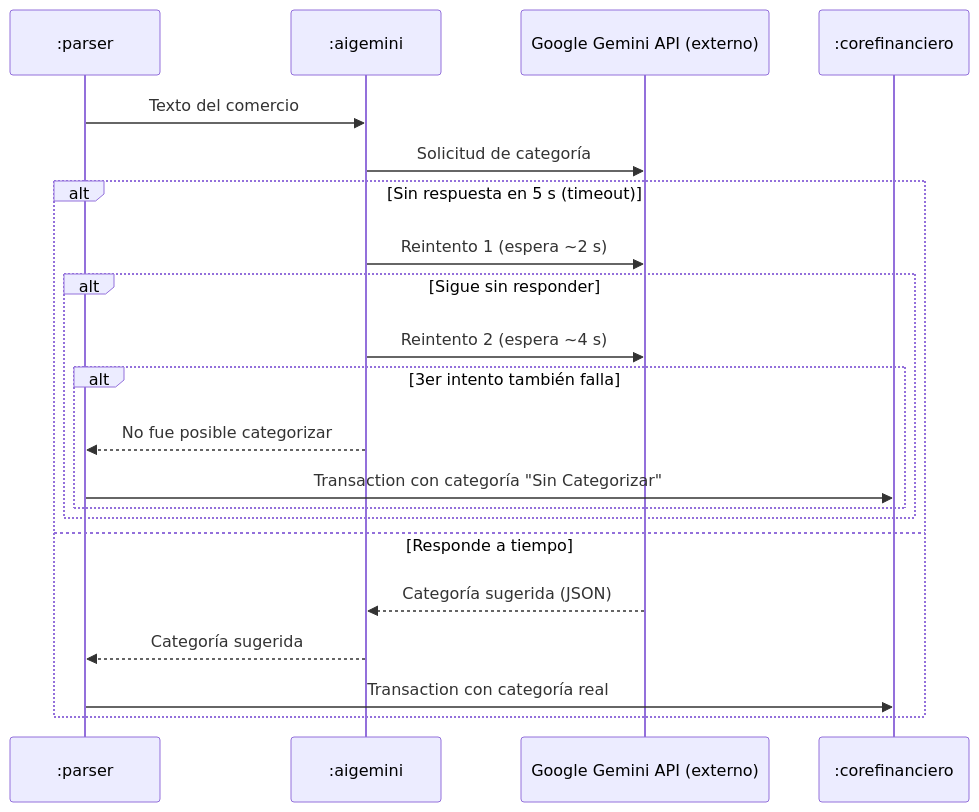
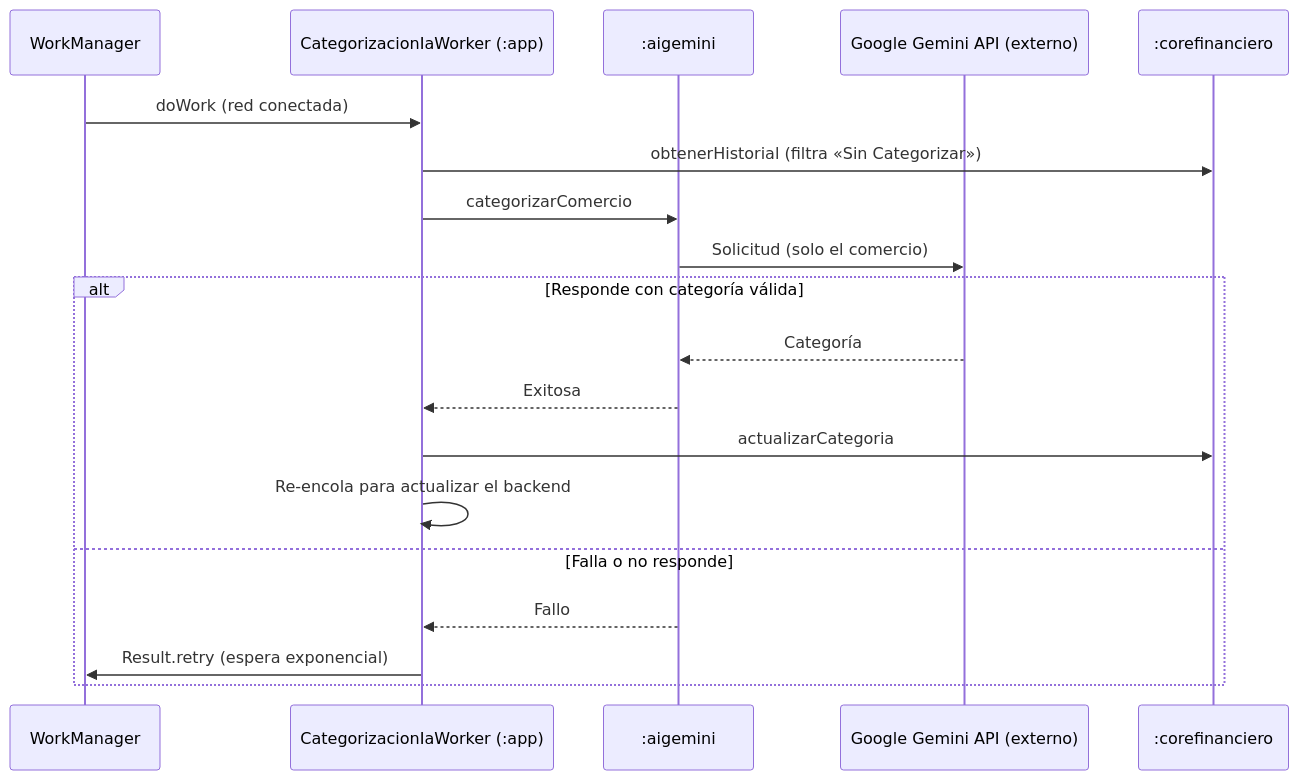
Before and after one commit to ISCOUTB/AS_202620_XALD: the second of 5 diagrams in docs/arc42/06-Runtime view.md, drawn with Mermaid. The commit also changed other lines of this file, not shown here.

````diff
--- a/docs/arc42/06-Runtime view.md
+++ b/docs/arc42/06-Runtime view.md
@@ -60,24 +56,22 @@
 ```mermaid
 sequenceDiagram
-    participant PARSER as :parser
-    participant AIGEMINI as :aigemini
-    participant GEMINI as Google Gemini API (externo)
+    participant WM as WorkManager
+    participant W as CategorizacionIaWorker (:app)
+    participant AI as :aigemini
+    participant G as Google Gemini API (externo)
     participant CORE as :corefinanciero
 
-    PARSER->>AIGEMINI: Texto del comercio
-    AIGEMINI->>GEMINI: Solicitud de categoría
-    alt Sin respuesta en 5 s (timeout)
-        AIGEMINI->>GEMINI: Reintento 1 (espera ~2 s)
-        alt Sigue sin responder
-            AIGEMINI->>GEMINI: Reintento 2 (espera ~4 s)
-            alt 3er intento también falla
-                AIGEMINI-->>PARSER: No fue posible categorizar
-                PARSER->>CORE: Transaction con categoría "Sin Categorizar"
-            end
-        end
-    else Responde a tiempo
-        GEMINI-->>AIGEMINI: Categoría sugerida (JSON)
-        AIGEMINI-->>PARSER: Categoría sugerida
-        PARSER->>CORE: Transaction con categoría real
+    WM->>W: doWork (red conectada)
+    W->>CORE: obtenerHistorial (filtra «Sin Categorizar»)
+    W->>AI: categorizarComercio
+    AI->>G: Solicitud (solo el comercio)
+    alt Responde con categoría válida
+        G-->>AI: Categoría
+        AI-->>W: Exitosa
+        W->>CORE: actualizarCategoria
+        W->>W: Re-encola para actualizar el backend
+    else Falla o no responde
+        AI-->>W: Fallo
+        W->>WM: Result.retry (espera exponencial)
     end
 ```
````
